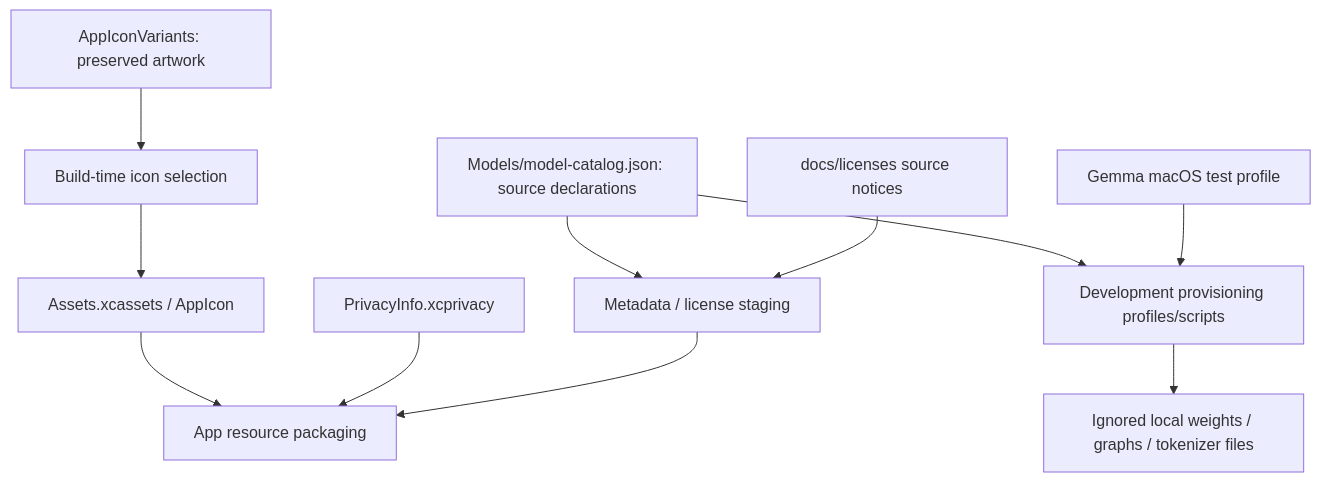
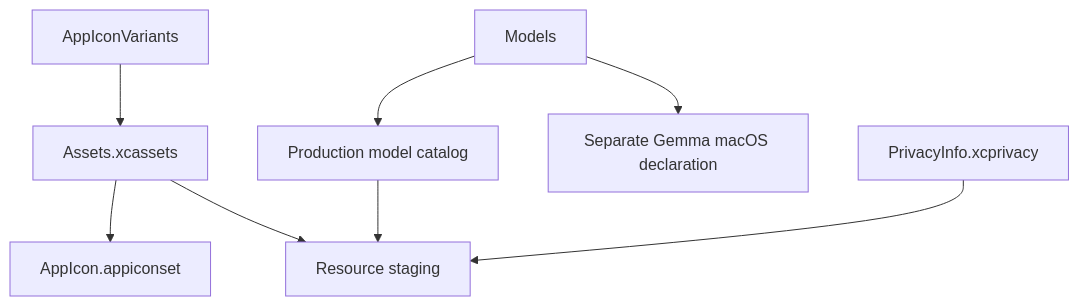
One commit to devilyouwei/MobileHarness changed the second of 2 diagrams in MobileHarness/Resources/README.md. Above: the diagram before and after it, drawn with Mermaid. The commit also changed other lines of this file and 116 other files, not shown here.

````diff
--- a/MobileHarness/Resources/README.md
+++ b/MobileHarness/Resources/README.md
@@ -30,13 +26,10 @@
 ```mermaid
 flowchart TB
-    Icons[AppIconVariants: preserved artwork] --> Select[Build-time icon selection]
-    Select --> Assets[Assets.xcassets / AppIcon]
-    Assets --> Package[App resource packaging]
-    Privacy[PrivacyInfo.xcprivacy] --> Package
-    Catalog[Models/model-catalog.json: source declarations] --> Stage[Metadata / license staging]
-    Notices[docs/licenses source notices] --> Stage
-    Stage --> Package
-    Catalog --> Developer[Development provisioning profiles/scripts]
-    MacProfile[Gemma macOS test profile] --> Developer
-    Developer --> Ignored[Ignored local weights / graphs / tokenizer files]
+ Variants[AppIconVariants] --> Assets[Assets.xcassets]
+ Assets --> Icon[AppIcon.appiconset]
+ Models --> Catalog[Production model catalog]
+ Models --> Profile[Separate Gemma macOS declaration]
+ Privacy[PrivacyInfo.xcprivacy] --> Package[Resource staging]
+ Assets --> Package
+ Catalog --> Package
 ```
````
